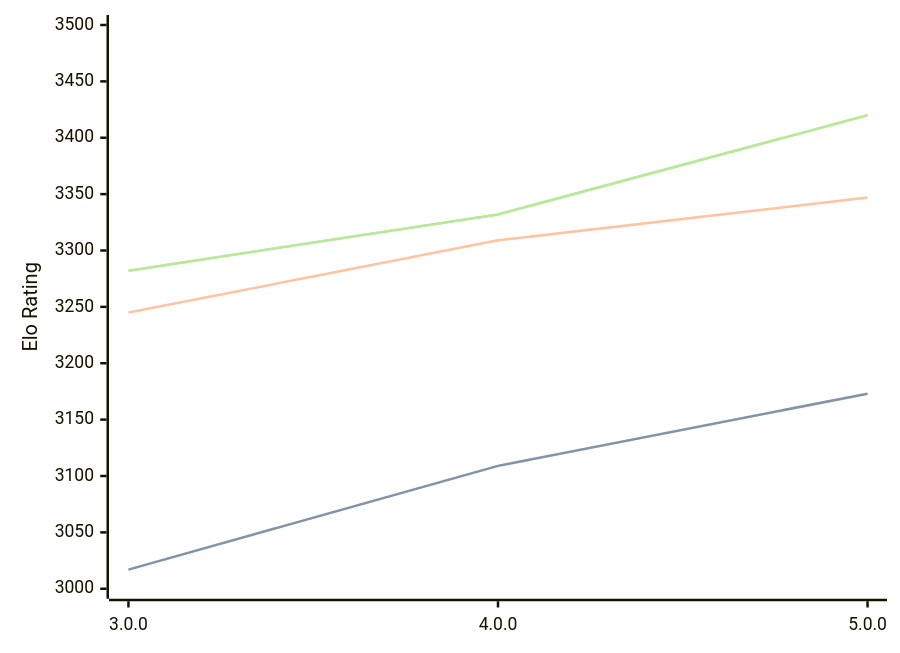
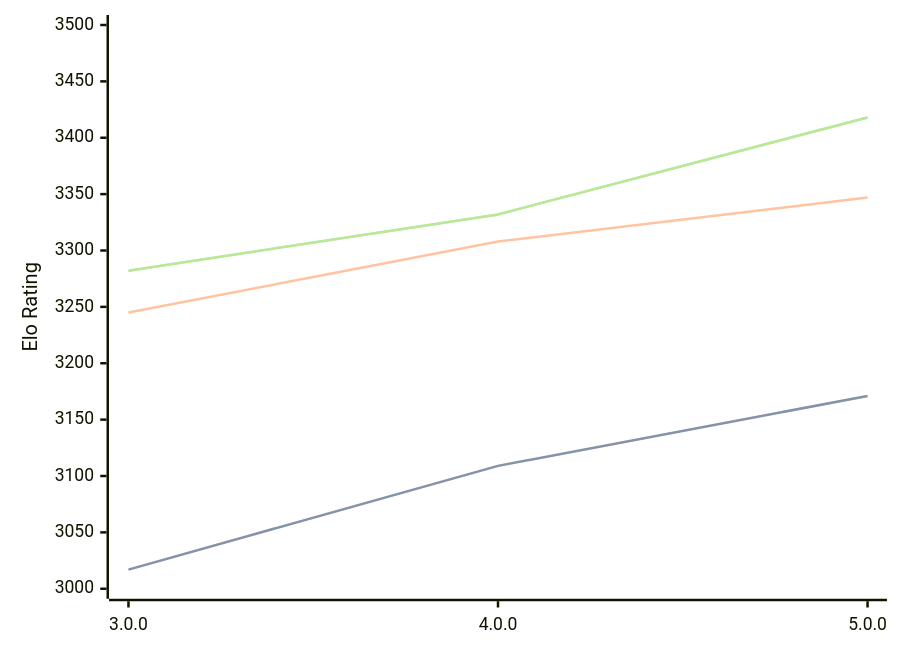
Before and after one commit to computer-chess-index/cci: the diagram in engines/Minke.md, drawn with Mermaid. The commit also changed other lines of this file, not shown here.

Commit message:
Update CCI Ratings (ELO VLTC) - 2026-03-18

````diff
--- a/engines/Minke.md
+++ b/engines/Minke.md
@@ -33,11 +33,11 @@
 ```mermaid
 %%{init: {"theme":"base","themeVariables":{"seriesColors:['#a3a3a3','#222221','#faa371']}}}%%
 xychart-beta
   x-axis ["3.0.0", "4.0.0", "5.0.0"]
   y-axis "Elo Rating" 3000 --> 3500
-  line "STC (8.0+0.08s)" [3017, 3109, 3173]
-  line "STC (8.0+0.08s)" [3017, 3109, 3173]
-  line "LTC (60.0+0.60s)" [3245, 3309, 3347]
-  line "VLTC (2m24s+1.12s)" [3282, 3332, 3420]
-  line "VLTC (2m24s+1.12s)" [3282, 3332, 3420]
+  line "STC (8.0+0.08s)" [3017, 3109, 3171]
+  line "STC (8.0+0.08s)" [3017, 3109, 3171]
+  line "LTC (60.0+0.60s)" [3245, 3308, 3347]
+  line "VLTC (2m24s+1.12s)" [3282, 3332, 3418]
+  line "VLTC (2m24s+1.12s)" [3282, 3332, 3418]
 ```
````
